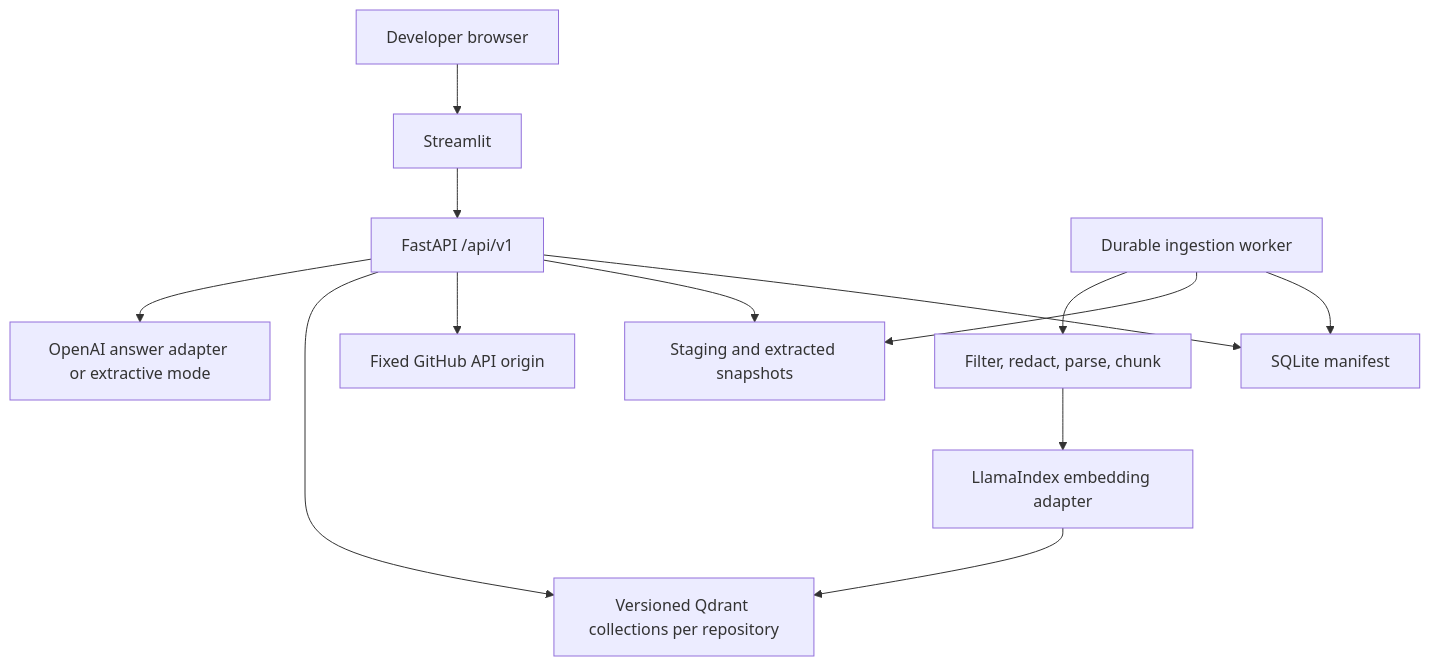
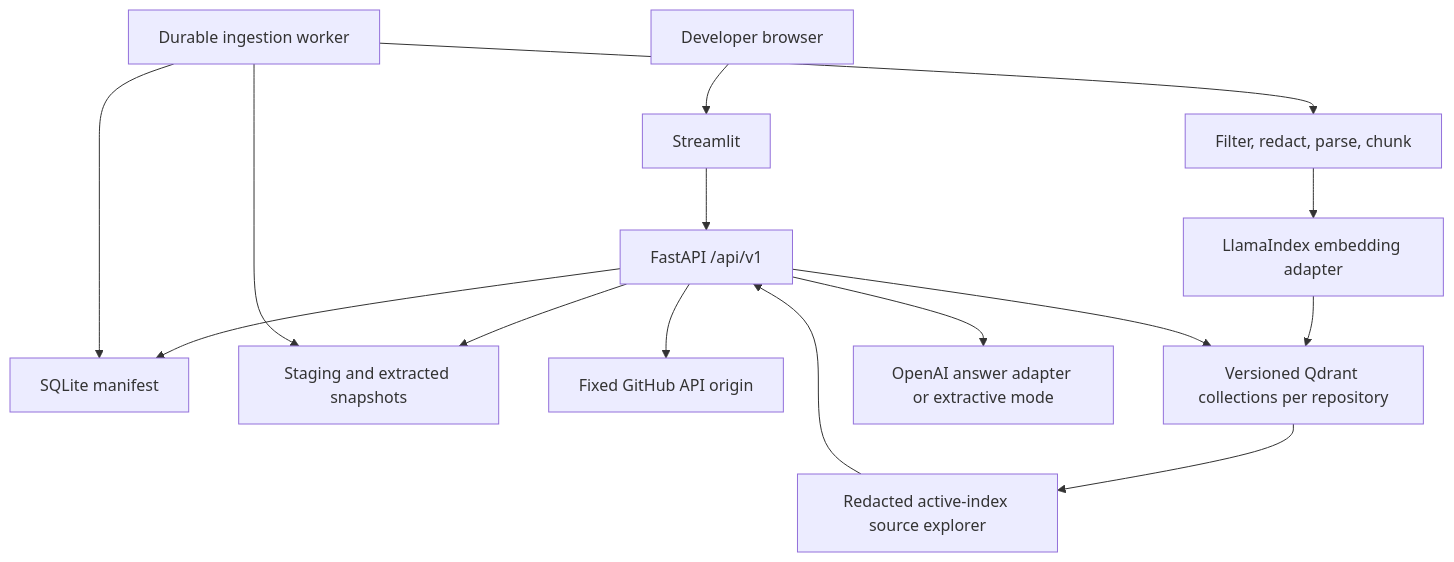
One commit to ownasquare/codebase-intelligence changed the first of 3 diagrams in docs/architecture/overview.md. Above: the diagram before and after it, drawn with Mermaid. The commit also changed other lines of this file and 35 other files, not shown here.

````diff
--- a/docs/architecture/overview.md
+++ b/docs/architecture/overview.md
@@ -9,15 +9,17 @@
 ```mermaid
 flowchart TB
     Browser["Developer browser"] --> UI["Streamlit"]
     UI --> API["FastAPI /api/v1"]
     API --> Manifest["SQLite manifest"]
     API --> Stage["Staging and extracted snapshots"]
     API --> GitHub["Fixed GitHub API origin"]
     Worker["Durable ingestion worker"] --> Manifest
     Worker --> Stage
     Worker --> Pipeline["Filter, redact, parse, chunk"]
     Pipeline --> Embed["LlamaIndex embedding adapter"]
     Embed --> Qdrant["Versioned Qdrant collections per repository"]
     API --> Qdrant
+    Qdrant --> Explorer["Redacted active-index source explorer"]
+    Explorer --> API
     API --> Answer["OpenAI answer adapter or extractive mode"]
 ```
````
